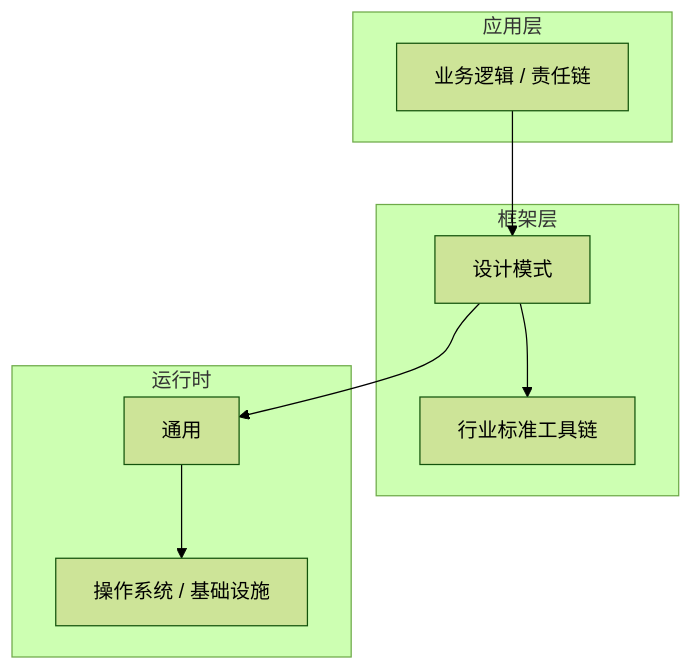
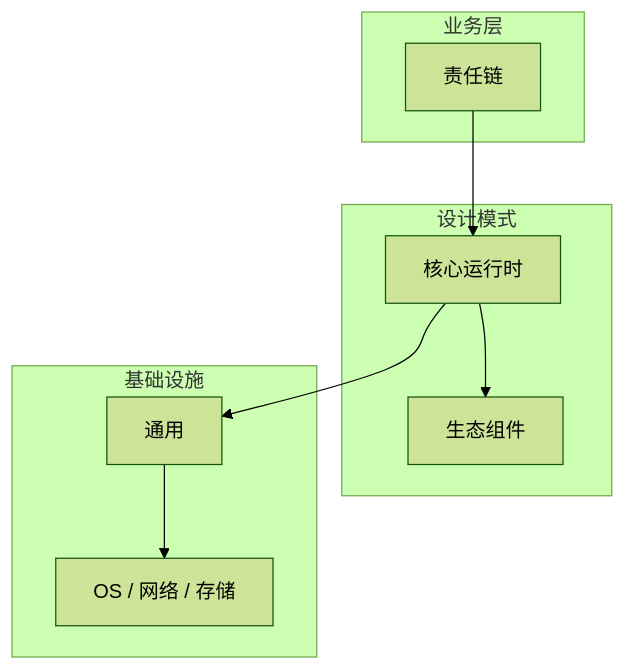
One commit to yanggan2015/knowledge-json-v2 changed the diagram in articles/设计模式/chapters/095-责任链核心概念与原理.md. Above: the diagram before and after it, drawn with Mermaid (forest theme). The commit also changed other lines of this file and 10127 other files, not shown here.

````diff
--- a/articles/设计模式/chapters/095-责任链核心概念与原理.md
+++ b/articles/设计模式/chapters/095-责任链核心概念与原理.md
@@ -45,18 +34,18 @@
 ```mermaid
 graph TB
-    subgraph 应用层
-        A[业务逻辑 / 责任链]
+    subgraph 业务层
+        A[责任链]
     end
-    subgraph 框架层
-        B[设计模式]
-        C[行业标准工具链]
+    subgraph 设计模式
+        B[核心运行时]
+        C[生态组件]
     end
-    subgraph 运行时
+    subgraph 基础设施
         D[通用]
-        E[操作系统 / 基础设施]
+        E[OS / 网络 / 存储]
     end
     A --> B
     B --> C
     B --> D
     D --> E
 ```
````
